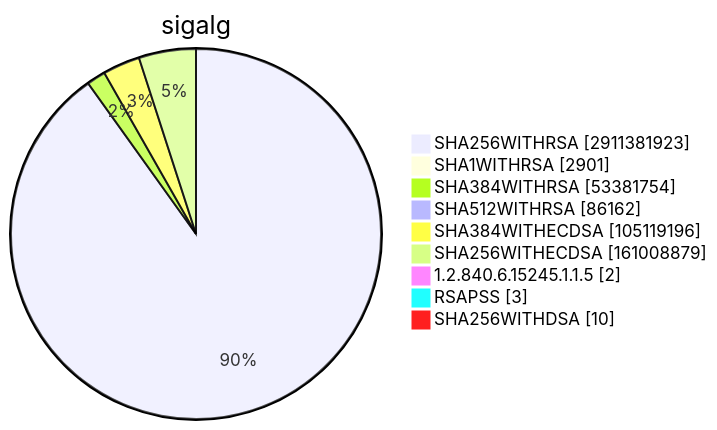
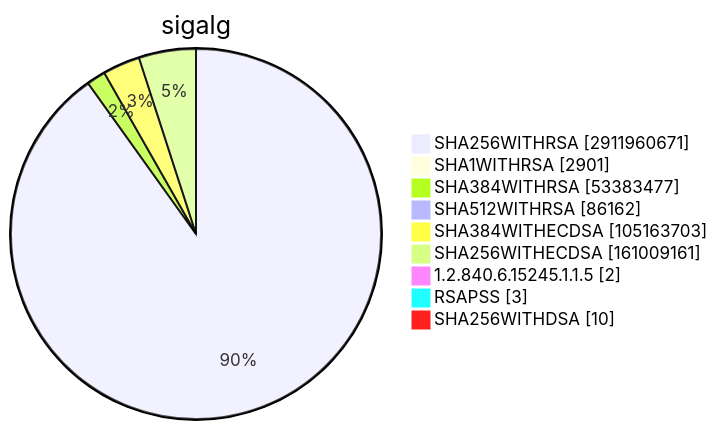
Before and after one commit to christiankrug/ctmonitor_visualization: diagram 15 of 15 in TOTAL/README.md, drawn with Mermaid. The commit also changed other lines of this file, not shown here.

````diff
--- a/TOTAL/README.md
+++ b/TOTAL/README.md
@@ -6207,13 +6207,13 @@
 ```mermaid
 pie showData
 title sigalg
-"SHA256WITHRSA" :2911381923
+"SHA256WITHRSA" :2911960671
 "SHA1WITHRSA" :2901
-"SHA384WITHRSA" :53381754
+"SHA384WITHRSA" :53383477
 "SHA512WITHRSA" :86162
-"SHA384WITHECDSA" :105119196
-"SHA256WITHECDSA" :161008879
+"SHA384WITHECDSA" :105163703
+"SHA256WITHECDSA" :161009161
 "1.2.840.6.15245.1.1.5" :2
 "RSAPSS" :3
 "SHA256WITHDSA" :10
 ```
````
